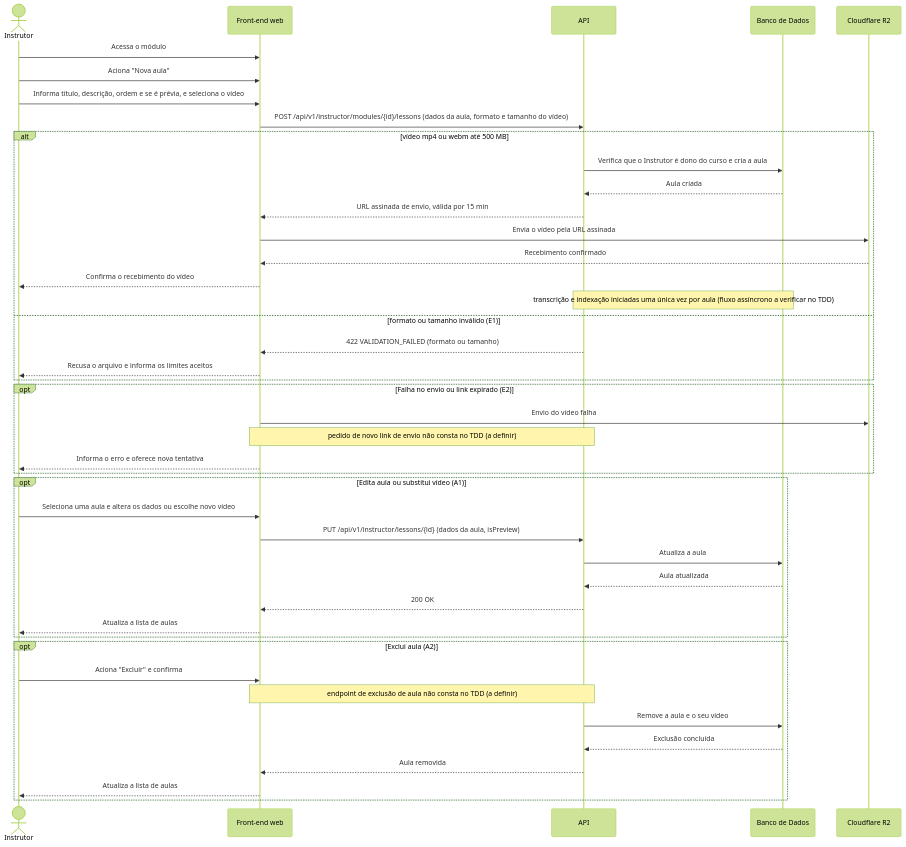
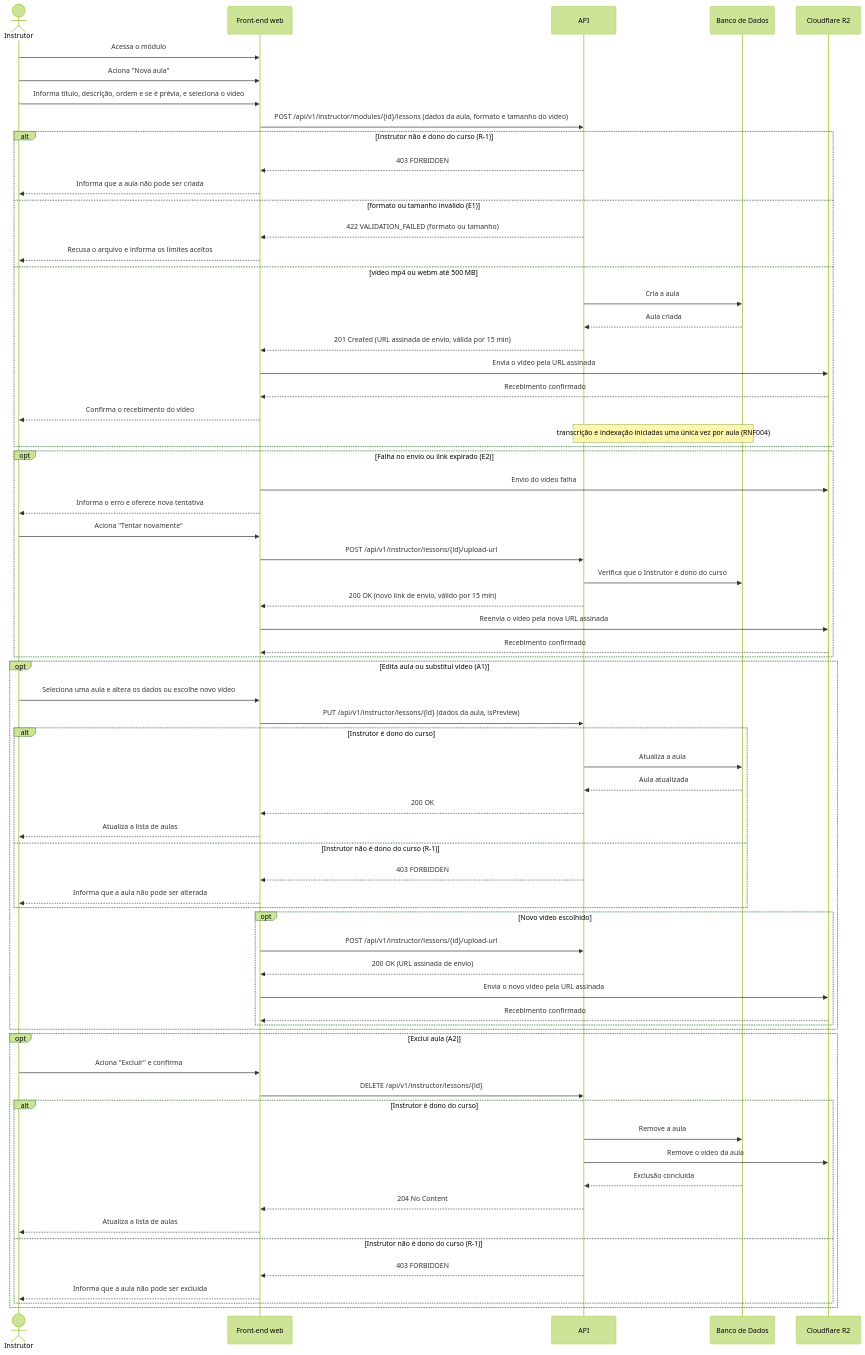
The diagram in docs/ssd/UC015-gerenciar-aulas-do-curso.md (Plataforma-de-Cursos-TCC/plataforma-cursos-docs), drawn with Mermaid (forest theme) before and after one commit. The commit also changed other lines of this file and 17 other files, not shown here.

````diff
--- a/docs/ssd/UC015-gerenciar-aulas-do-curso.md
+++ b/docs/ssd/UC015-gerenciar-aulas-do-curso.md
@@ -5,46 +5,71 @@
 ```mermaid
 sequenceDiagram
     actor Instrutor
     participant FE as Front-end web
     participant API
     participant DB as Banco de Dados
     participant R2 as Cloudflare R2
 
     Instrutor->>FE: Acessa o módulo
     Instrutor->>FE: Aciona "Nova aula"
     Instrutor->>FE: Informa título, descrição, ordem e se é prévia, e seleciona o vídeo
     FE->>API: POST /api/v1/instructor/modules/{id}/lessons (dados da aula, formato e tamanho do vídeo)
-    alt vídeo mp4 ou webm até 500 MB
-        API->>DB: Verifica que o Instrutor é dono do curso e cria a aula
+    alt Instrutor não é dono do curso (R-1)
+        API-->>FE: 403 FORBIDDEN
+        FE-->>Instrutor: Informa que a aula não pode ser criada
+    else formato ou tamanho inválido (E1)
+        API-->>FE: 422 VALIDATION_FAILED (formato ou tamanho)
+        FE-->>Instrutor: Recusa o arquivo e informa os limites aceitos
+    else vídeo mp4 ou webm até 500 MB
+        API->>DB: Cria a aula
         DB-->>API: Aula criada
-        API-->>FE: URL assinada de envio, válida por 15 min
+        API-->>FE: 201 Created (URL assinada de envio, válida por 15 min)
         FE->>R2: Envia o vídeo pela URL assinada
         R2-->>FE: Recebimento confirmado
         FE-->>Instrutor: Confirma o recebimento do vídeo
-        Note over API,DB: transcrição e indexação iniciadas uma única vez por aula (fluxo assíncrono a verificar no TDD)
-    else formato ou tamanho inválido (E1)
-        API-->>FE: 422 VALIDATION_FAILED (formato ou tamanho)
-        FE-->>Instrutor: Recusa o arquivo e informa os limites aceitos
+        Note over API,DB: transcrição e indexação iniciadas uma única vez por aula (RNF004)
     end
     opt Falha no envio ou link expirado (E2)
         FE->>R2: Envio do vídeo falha
-        Note over FE,API: pedido de novo link de envio não consta no TDD (a definir)
         FE-->>Instrutor: Informa o erro e oferece nova tentativa
+        Instrutor->>FE: Aciona "Tentar novamente"
+        FE->>API: POST /api/v1/instructor/lessons/{id}/upload-url
+        API->>DB: Verifica que o Instrutor é dono do curso
+        API-->>FE: 200 OK (novo link de envio, válido por 15 min)
+        FE->>R2: Reenvia o vídeo pela nova URL assinada
+        R2-->>FE: Recebimento confirmado
     end
     opt Edita aula ou substitui vídeo (A1)
         Instrutor->>FE: Seleciona uma aula e altera os dados ou escolhe novo vídeo
         FE->>API: PUT /api/v1/instructor/lessons/{id} (dados da aula, isPreview)
-        API->>DB: Atualiza a aula
-        DB-->>API: Aula atualizada
-        API-->>FE: 200 OK
-        FE-->>Instrutor: Atualiza a lista de aulas
+        alt Instrutor é dono do curso
+            API->>DB: Atualiza a aula
+            DB-->>API: Aula atualizada
+            API-->>FE: 200 OK
+            FE-->>Instrutor: Atualiza a lista de aulas
+        else Instrutor não é dono do curso (R-1)
+            API-->>FE: 403 FORBIDDEN
+            FE-->>Instrutor: Informa que a aula não pode ser alterada
+        end
+        opt Novo vídeo escolhido
+            FE->>API: POST /api/v1/instructor/lessons/{id}/upload-url
+            API-->>FE: 200 OK (URL assinada de envio)
+            FE->>R2: Envia o novo vídeo pela URL assinada
+            R2-->>FE: Recebimento confirmado
+        end
     end
     opt Exclui aula (A2)
         Instrutor->>FE: Aciona "Excluir" e confirma
-        Note over FE,API: endpoint de exclusão de aula não consta no TDD (a definir)
-        API->>DB: Remove a aula e o seu vídeo
-        DB-->>API: Exclusão concluída
-        API-->>FE: Aula removida
-        FE-->>Instrutor: Atualiza a lista de aulas
+        FE->>API: DELETE /api/v1/instructor/lessons/{id}
+        alt Instrutor é dono do curso
+            API->>DB: Remove a aula
+            API->>R2: Remove o vídeo da aula
+            DB-->>API: Exclusão concluída
+            API-->>FE: 204 No Content
+            FE-->>Instrutor: Atualiza a lista de aulas
+        else Instrutor não é dono do curso (R-1)
+            API-->>FE: 403 FORBIDDEN
+            FE-->>Instrutor: Informa que a aula não pode ser excluída
+        end
     end
 ```
````
